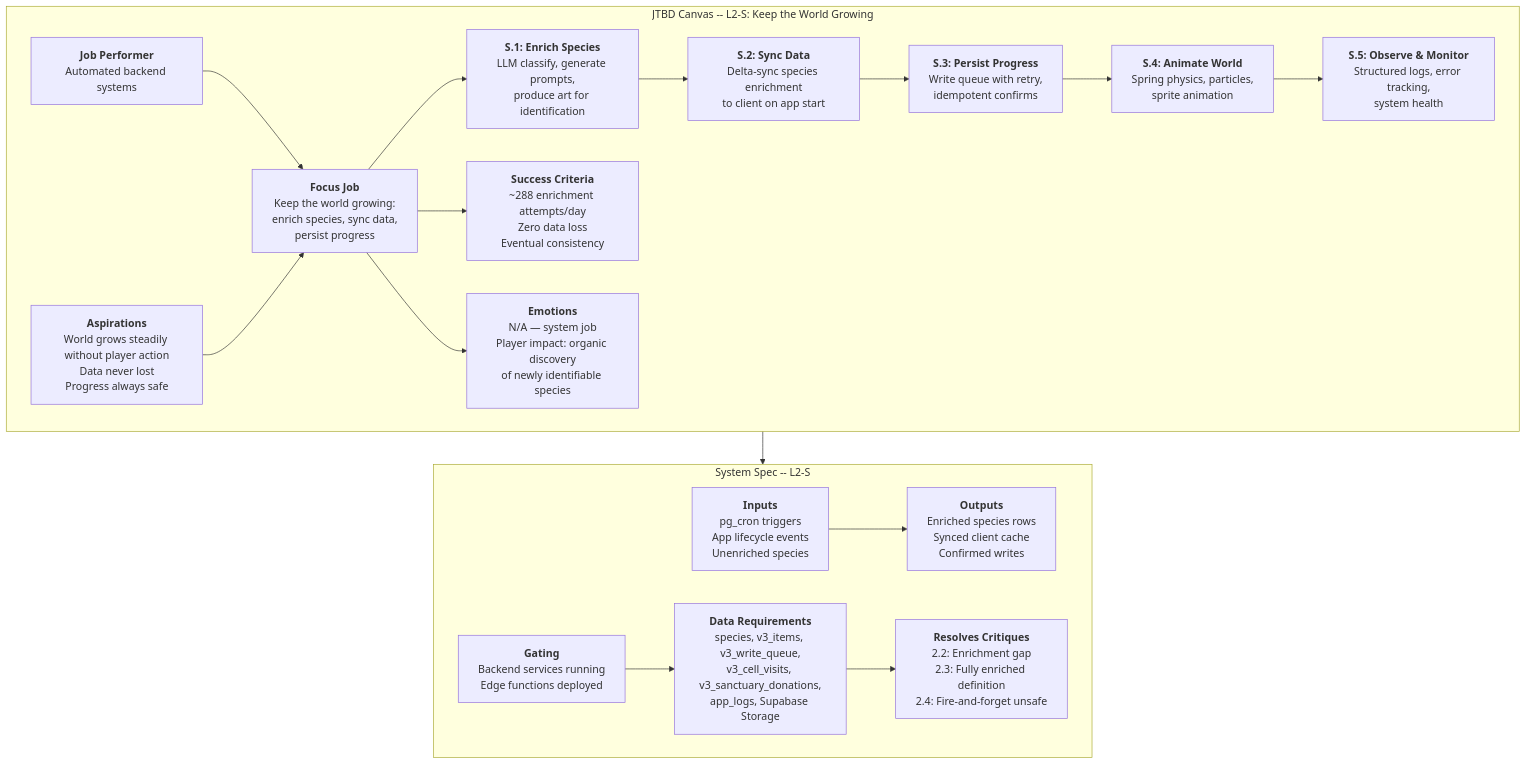
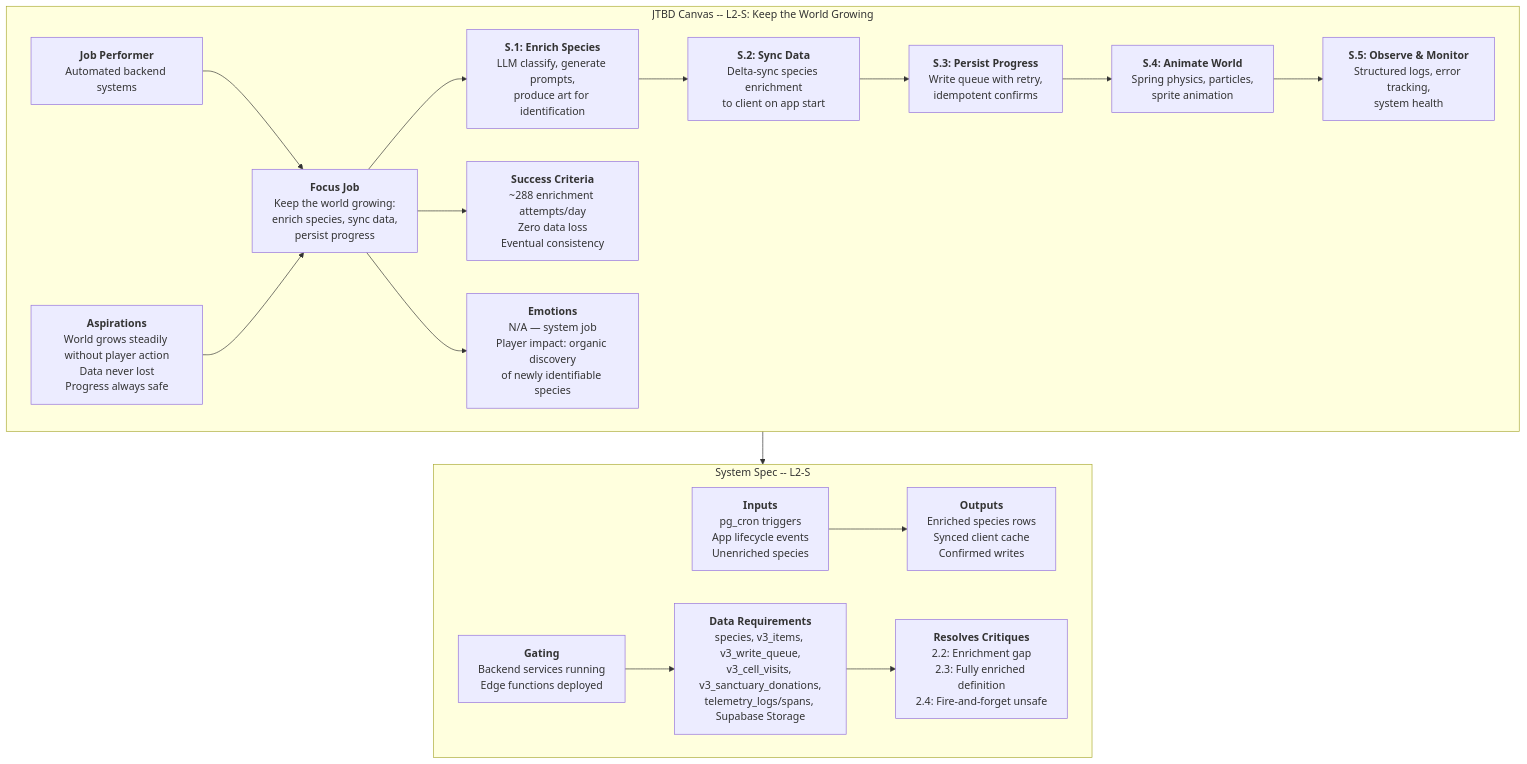
The diagram in docs/diagrams/problem/s-system-growing.mmd (JMLegere/geo-app), drawn with Mermaid before and after one commit. The commit also changed 35 other files, not shown here.

First line of the commit message:
Replace app_logs with OTel-shaped telemetry (#490)

```diff
--- a/docs/diagrams/problem/s-system-growing.mmd
+++ b/docs/diagrams/problem/s-system-growing.mmd
@@ -1,35 +1,35 @@
 %% Status: NEEDS HUMAN REVIEW
 flowchart TD
     subgraph JTBD["JTBD Canvas -- L2-S: Keep the World Growing"]
         JP["<b>Job Performer</b><br/>Automated backend systems"]
         ASP["<b>Aspirations</b><br/>World grows steadily without player action<br/>Data never lost<br/>Progress always safe"]
         FJ["<b>Focus Job</b><br/>Keep the world growing:<br/>enrich species, sync data,<br/>persist progress"]
 
         FJ --> S1["<b>S.1: Enrich Species</b><br/>LLM classify, generate prompts,<br/>produce art for identification"]
         S1 --> S2["<b>S.2: Sync Data</b><br/>Delta-sync species enrichment<br/>to client on app start"]
         S2 --> S3["<b>S.3: Persist Progress</b><br/>Write queue with retry,<br/>idempotent confirms"]
         S3 --> S4["<b>S.4: Animate World</b><br/>Spring physics, particles,<br/>sprite animation"]
         S4 --> S5["<b>S.5: Observe &amp; Monitor</b><br/>Structured logs, error tracking,<br/>system health"]
 
         SC["<b>Success Criteria</b><br/>~288 enrichment attempts/day<br/>Zero data loss<br/>Eventual consistency"]
         EM["<b>Emotions</b><br/>N/A — system job<br/>Player impact: organic discovery<br/>of newly identifiable species"]
 
         JP --> FJ
         ASP --> FJ
         FJ --> SC
         FJ --> EM
     end
 
     subgraph SystemSpec["System Spec -- L2-S"]
         IN["<b>Inputs</b><br/>pg_cron triggers<br/>App lifecycle events<br/>Unenriched species"]
         OUT["<b>Outputs</b><br/>Enriched species rows<br/>Synced client cache<br/>Confirmed writes"]
         GT["<b>Gating</b><br/>Backend services running<br/>Edge functions deployed"]
-        DR["<b>Data Requirements</b><br/>species, v3_items, v3_write_queue,<br/>v3_cell_visits, v3_sanctuary_donations,<br/>app_logs, Supabase Storage"]
+        DR["<b>Data Requirements</b><br/>species, v3_items, v3_write_queue,<br/>v3_cell_visits, v3_sanctuary_donations,<br/>telemetry_logs/spans, Supabase Storage"]
         RES["<b>Resolves Critiques</b><br/>2.2: Enrichment gap<br/>2.3: Fully enriched definition<br/>2.4: Fire-and-forget unsafe"]
 
         IN --> OUT
         GT --> DR
         DR --> RES
     end
 
     JTBD --> SystemSpec
```
